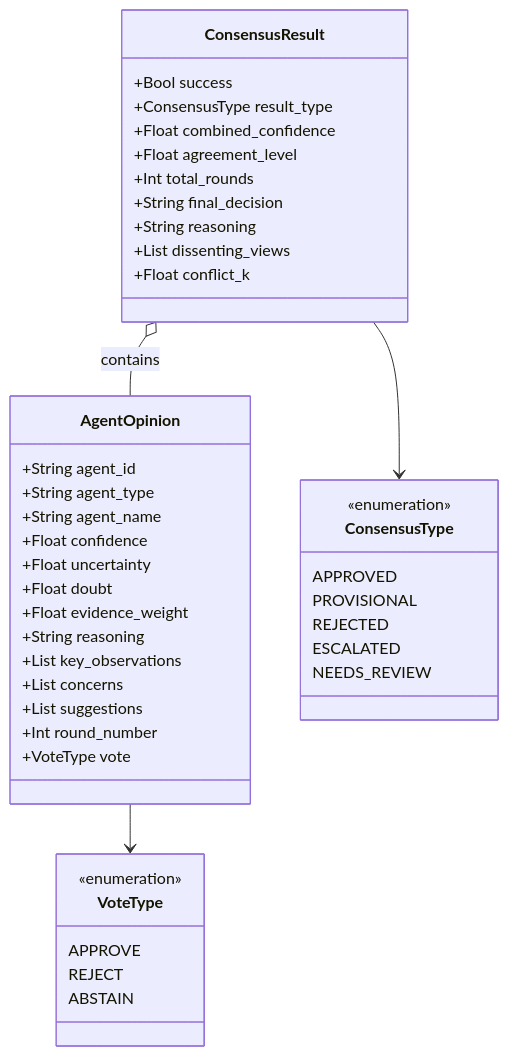
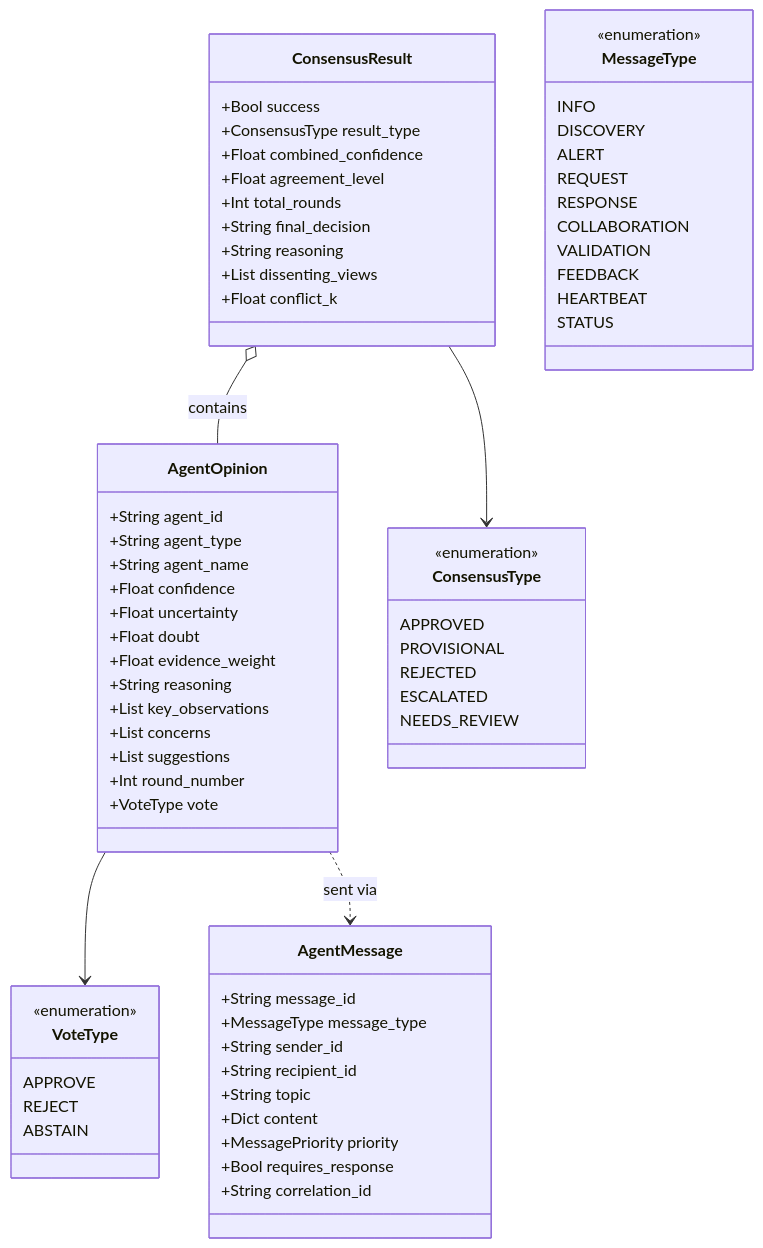
One commit to sabill123/ontology changed the sixth of 11 diagrams in docs/diagrams/04-consensus-engine.md. Above: the diagram before and after it, drawn with Mermaid. The commit also changed other lines of this file and 176 other files, not shown here.

````diff
--- a/docs/diagrams/04-consensus-engine.md
+++ b/docs/diagrams/04-consensus-engine.md
@@ -260,50 +283,77 @@
 ```mermaid
 classDiagram
     class AgentOpinion {
         +String agent_id
         +String agent_type
         +String agent_name
         +Float confidence
         +Float uncertainty
         +Float doubt
         +Float evidence_weight
         +String reasoning
         +List key_observations
         +List concerns
         +List suggestions
         +Int round_number
         +VoteType vote
     }
 
     class VoteType {
         <<enumeration>>
         APPROVE
         REJECT
         ABSTAIN
     }
 
     class ConsensusResult {
         +Bool success
         +ConsensusType result_type
         +Float combined_confidence
         +Float agreement_level
         +Int total_rounds
         +String final_decision
         +String reasoning
         +List dissenting_views
         +Float conflict_k
     }
 
     class ConsensusType {
         <<enumeration>>
         APPROVED
         PROVISIONAL
         REJECTED
         ESCALATED
         NEEDS_REVIEW
     }
 
+    class AgentMessage {
+        +String message_id
+        +MessageType message_type
+        +String sender_id
+        +String recipient_id
+        +String topic
+        +Dict content
+        +MessagePriority priority
+        +Bool requires_response
+        +String correlation_id
+    }
+
+    class MessageType {
+        <<enumeration>>
+        INFO
+        DISCOVERY
+        ALERT
+        REQUEST
+        RESPONSE
+        COLLABORATION
+        VALIDATION
+        FEEDBACK
+        HEARTBEAT
+        STATUS
+    }
+
     AgentOpinion --> VoteType
     ConsensusResult --> ConsensusType
     ConsensusResult o-- AgentOpinion : contains
+    AgentOpinion ..> AgentMessage : sent via
 ```
````
